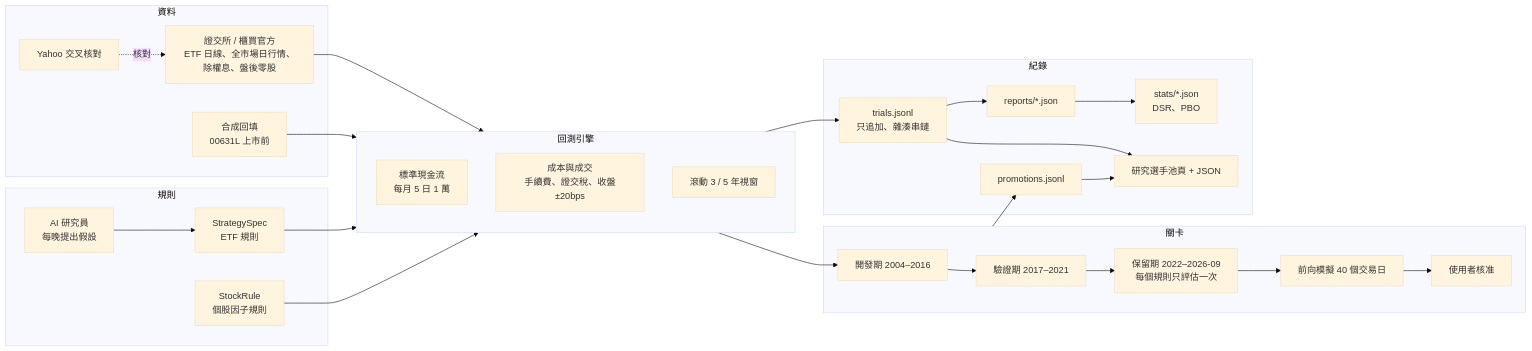
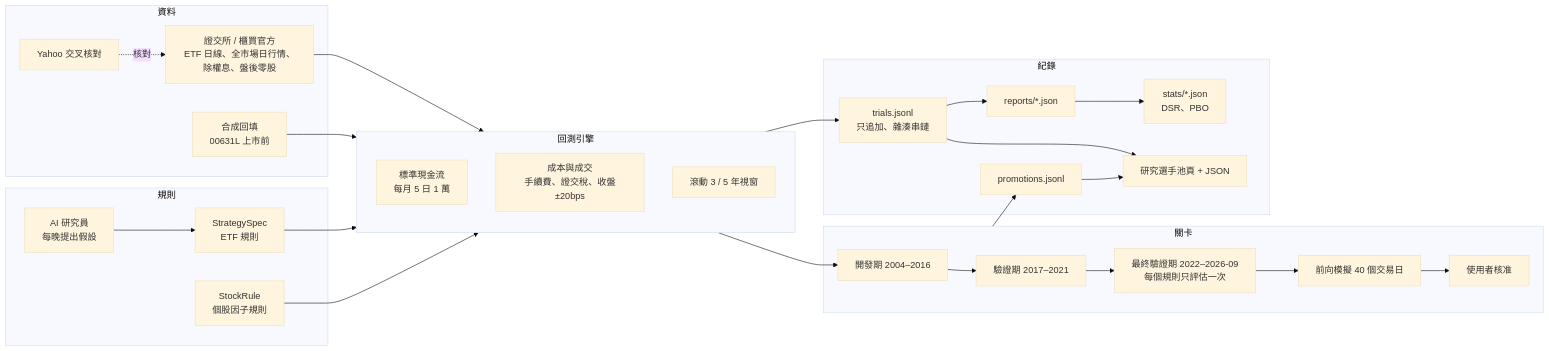
The first of 2 diagrams in docs/research_method.md (ryan73093/StockResearch), drawn with Mermaid (base theme) before and after one commit. The commit also changed other lines of this file and 25 other files, not shown here.

````diff
--- a/docs/research_method.md
+++ b/docs/research_method.md
@@ -11,43 +11,43 @@
 ```mermaid
 flowchart LR
   subgraph data[資料]
     twse[證交所 / 櫃買官方<br/>ETF 日線、全市場日行情、除權息、盤後零股]
     yahoo[Yahoo 交叉核對]
     syn[合成回填<br/>00631L 上市前]
   end
   subgraph rules[規則]
     spec[StrategySpec<br/>ETF 規則]
     stock[StockRule<br/>個股因子規則]
     ai[AI 研究員<br/>每晚提出假設]
   end
   subgraph engine[回測引擎]
     cash[標準現金流<br/>每月 5 日 1 萬]
     costs[成本與成交<br/>手續費、證交稅、收盤±20bps]
     windows[滾動 3 / 5 年視窗]
   end
   subgraph gates[關卡]
     dev[開發期 2004–2016]
     val[驗證期 2017–2021]
-    hold[保留期 2022–2026-09<br/>每個規則只評估一次]
+    hold[最終驗證期 2022–2026-09<br/>每個規則只評估一次]
     fwd[前向模擬 40 個交易日]
     user[使用者核准]
   end
   subgraph records[紀錄]
     reg[trials.jsonl<br/>只追加、雜湊串鏈]
     rep[reports/*.json]
     stats[stats/*.json<br/>DSR、PBO]
     ledger[promotions.jsonl]
     pool[研究選手池頁 + JSON]
   end
   twse --> engine
   yahoo -.核對.-> twse
   syn --> engine
   spec --> engine
   stock --> engine
   ai --> spec
   engine --> dev --> val --> hold --> fwd --> user
   engine --> reg --> rep --> stats
   gates --> ledger
   reg --> pool
   ledger --> pool
 ```
````
